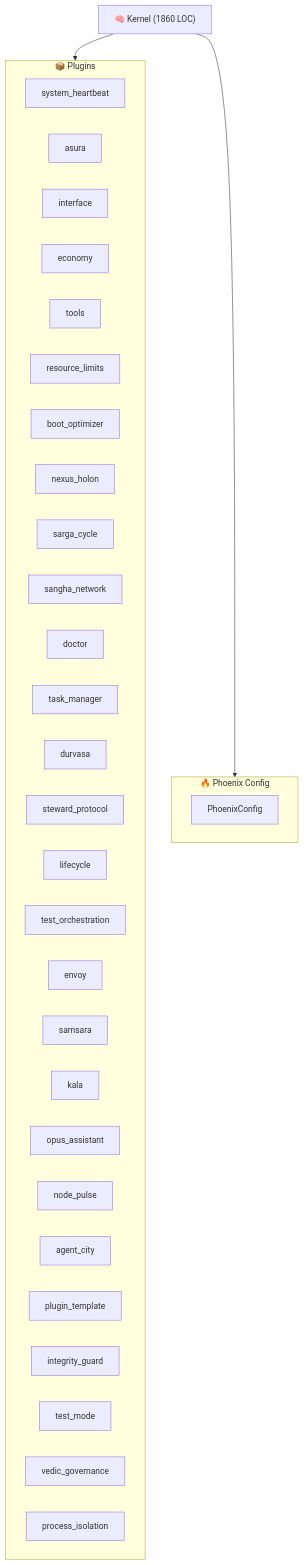
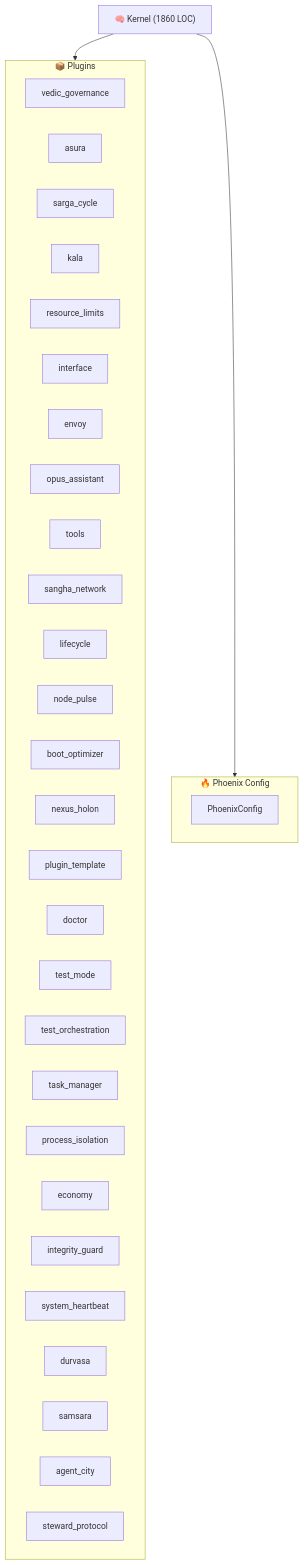
One commit to kimeisele/steward-protocol changed the diagram in ARCHITECTURE.md. Above: the diagram before and after it, drawn with Mermaid. The commit also changed other lines of this file and 15 other files, not shown here.

````diff
--- a/ARCHITECTURE.md
+++ b/ARCHITECTURE.md
@@ -8,38 +8,38 @@
 ```mermaid
 graph TB
     K["🧠 Kernel (1860 LOC)"]
     subgraph Plugins["📦 Plugins"]
-        P_system_heartbeat["system_heartbeat"]
+        P_vedic_governance["vedic_governance"]
         P_asura["asura"]
+        P_sarga_cycle["sarga_cycle"]
+        P_kala["kala"]
+        P_resource_limits["resource_limits"]
         P_interface["interface"]
-        P_economy["economy"]
+        P_envoy["envoy"]
+        P_opus_assistant["opus_assistant"]
         P_tools["tools"]
-        P_resource_limits["resource_limits"]
+        P_sangha_network["sangha_network"]
+        P_lifecycle["lifecycle"]
+        P_node_pulse["node_pulse"]
         P_boot_optimizer["boot_optimizer"]
         P_nexus_holon["nexus_holon"]
-        P_sarga_cycle["sarga_cycle"]
-        P_sangha_network["sangha_network"]
+        P_plugin_template["plugin_template"]
         P_doctor["doctor"]
+        P_test_mode["test_mode"]
+        P_test_orchestration["test_orchestration"]
         P_task_manager["task_manager"]
+        P_process_isolation["process_isolation"]
+        P_economy["economy"]
+        P_integrity_guard["integrity_guard"]
+        P_system_heartbeat["system_heartbeat"]
         P_durvasa["durvasa"]
+        P_samsara["samsara"]
+        P_agent_city["agent_city"]
         P_steward_protocol["steward_protocol"]
-        P_lifecycle["lifecycle"]
-        P_test_orchestration["test_orchestration"]
-        P_envoy["envoy"]
-        P_samsara["samsara"]
-        P_kala["kala"]
-        P_opus_assistant["opus_assistant"]
-        P_node_pulse["node_pulse"]
-        P_agent_city["agent_city"]
-        P_plugin_template["plugin_template"]
-        P_integrity_guard["integrity_guard"]
-        P_test_mode["test_mode"]
-        P_vedic_governance["vedic_governance"]
-        P_process_isolation["process_isolation"]
     end
     K --> Plugins
     subgraph Config["🔥 Phoenix Config"]
         PC[PhoenixConfig]
     end
     K --> Config
 ```
````
